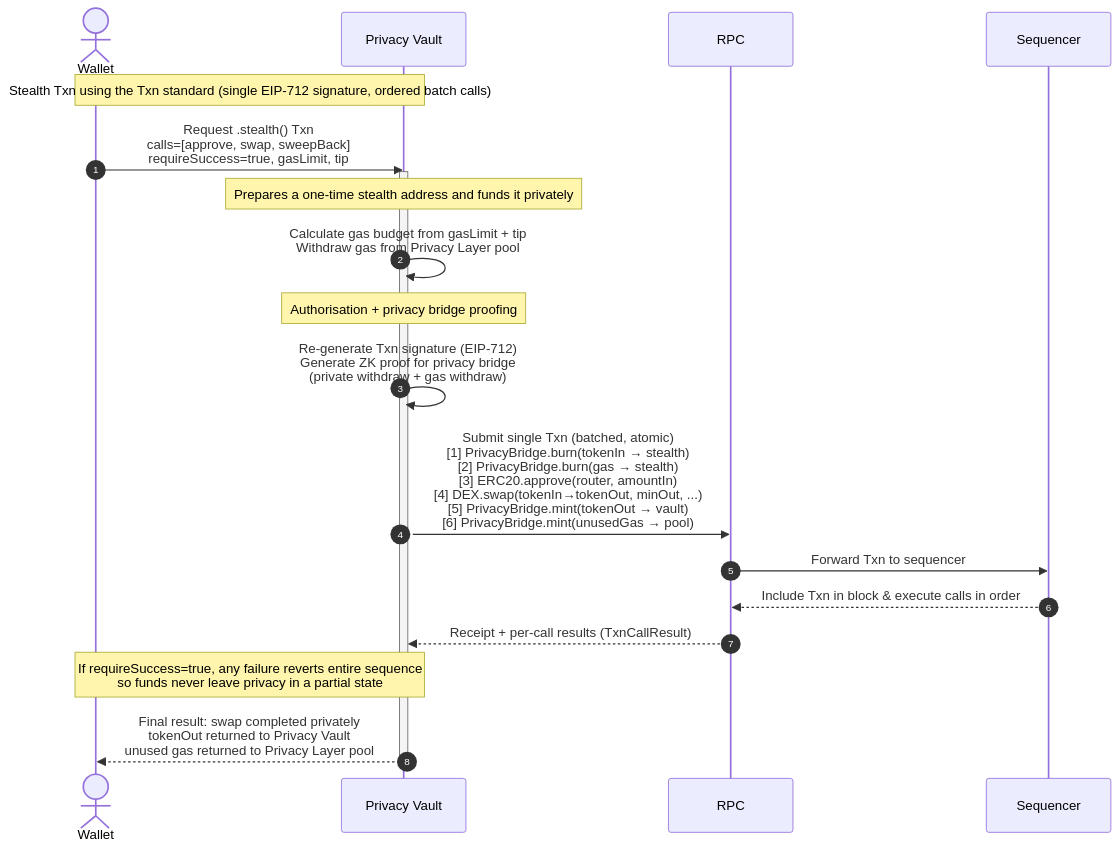
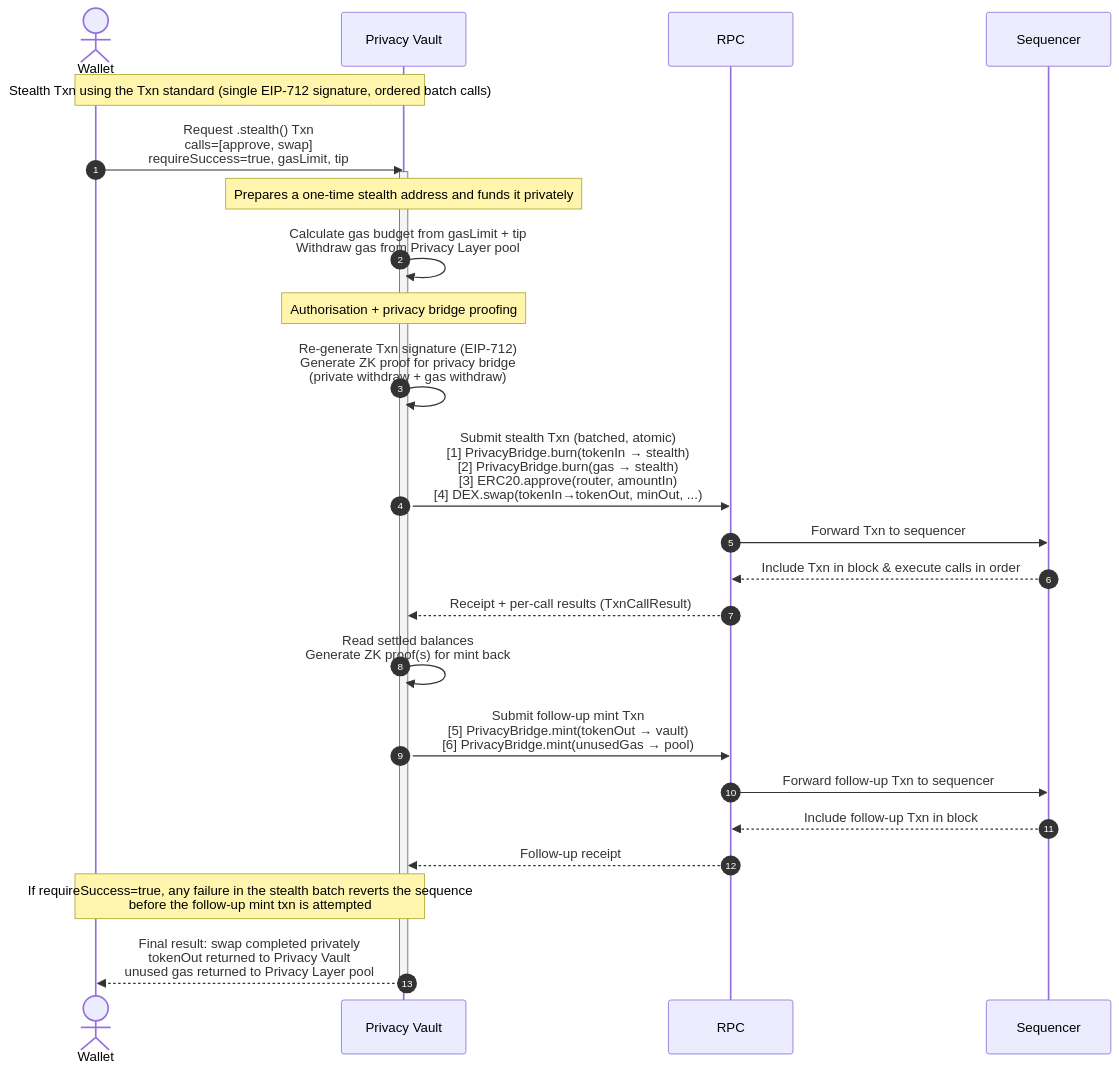
Before and after one commit to polybase/payy: the diagram in docs/public/privacy/stealth-transactions.md, drawn with Mermaid. The commit also changed other lines of this file and 347 other files, not shown here.

````diff
--- a/docs/public/privacy/stealth-transactions.md
+++ b/docs/public/privacy/stealth-transactions.md
@@ -13,31 +13,36 @@
 ```mermaid
 sequenceDiagram
     autonumber
     actor Wallet as Wallet
     participant Vault as Privacy Vault
     participant RPC as RPC
     participant Seq as Sequencer
 
     Note over Wallet,Vault: Stealth Txn using the Txn standard (single EIP-712 signature, ordered batch calls)
 
-    Wallet->>Vault: Request .stealth() Txn<br/>calls=[approve, swap, sweepBack]<br/>requireSuccess=true, gasLimit, tip
+    Wallet->>Vault: Request .stealth() Txn<br/>calls=[approve, swap]<br/>requireSuccess=true, gasLimit, tip
     activate Vault
 
     Note over Vault: Prepares a one-time stealth address and funds it privately
 
     Vault->>Vault: Calculate gas budget from gasLimit + tip<br/>Withdraw gas from Privacy Layer pool
 
     Note over Vault: Authorisation + privacy bridge proofing
     Vault->>Vault: Re-generate Txn signature (EIP-712)<br/>Generate ZK proof for privacy bridge<br/>(private withdraw + gas withdraw)
 
-    Vault->>RPC: Submit single Txn (batched, atomic)<br/>[1] PrivacyBridge.burn(tokenIn → stealth)<br/>[2] PrivacyBridge.burn(gas → stealth)<br/>[3] ERC20.approve(router, amountIn)<br/>[4] DEX.swap(tokenIn→tokenOut, minOut, ...)<br/>[5] PrivacyBridge.mint(tokenOut → vault)<br/>[6] PrivacyBridge.mint(unusedGas → pool)
+    Vault->>RPC: Submit stealth Txn (batched, atomic)<br/>[1] PrivacyBridge.burn(tokenIn → stealth)<br/>[2] PrivacyBridge.burn(gas → stealth)<br/>[3] ERC20.approve(router, amountIn)<br/>[4] DEX.swap(tokenIn→tokenOut, minOut, ...)
     RPC->>Seq: Forward Txn to sequencer
     Seq-->>RPC: Include Txn in block & execute calls in order
     RPC-->>Vault: Receipt + per-call results (TxnCallResult)
+    Vault->>Vault: Read settled balances<br/>Generate ZK proof(s) for mint back
+    Vault->>RPC: Submit follow-up mint Txn<br/>[5] PrivacyBridge.mint(tokenOut → vault)<br/>[6] PrivacyBridge.mint(unusedGas → pool)
+    RPC->>Seq: Forward follow-up Txn to sequencer
+    Seq-->>RPC: Include follow-up Txn in block
+    RPC-->>Vault: Follow-up receipt
 
-    Note over Vault,Wallet: If requireSuccess=true, any failure reverts entire sequence<br/>so funds never leave privacy in a partial state
+    Note over Vault,Wallet: If requireSuccess=true, any failure in the stealth batch reverts the sequence<br/>before the follow-up mint txn is attempted
 
     Vault-->>Wallet: Final result: swap completed privately<br/>tokenOut returned to Privacy Vault<br/>unused gas returned to Privacy Layer pool
     deactivate Vault
 
 ```
````
